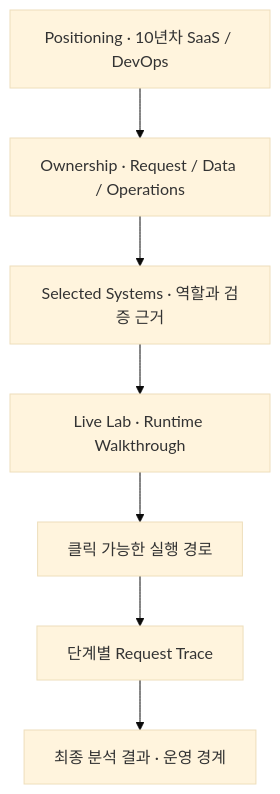
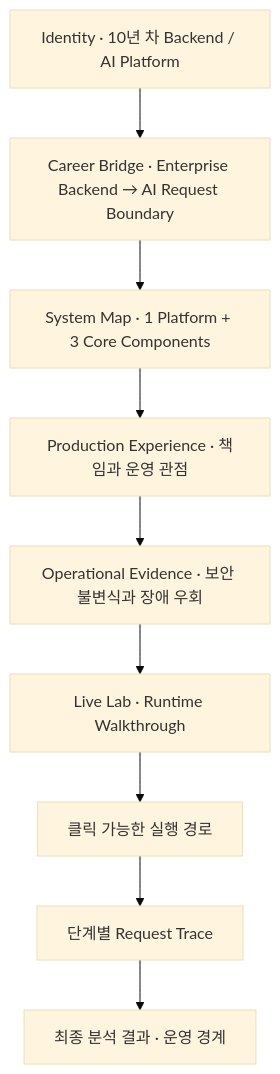
The first of 5 diagrams in architecture.md (devcy0922/devcy0922.github.io), drawn with Mermaid (base theme) before and after one commit. The commit also changed other lines of this file and 11 other files, not shown here.

Commit message:
feat(portfolio): connect experience to platform evidence

````diff
--- a/architecture.md
+++ b/architecture.md
@@ -15,9 +16,11 @@
 ```mermaid
 flowchart TB
-    Hero["Positioning · 10년차 SaaS / DevOps"] --> Scope["Ownership · Request / Data / Operations"]
-    Scope --> Systems["Selected Systems · 역할과 검증 근거"]
-    Systems --> Lab["Live Lab · Runtime Walkthrough"]
+    Hero["Identity · 10년 차 Backend / AI Platform"] --> Bridge["Career Bridge · Enterprise Backend → AI Request Boundary"]
+    Bridge --> Systems["System Map · 1 Platform + 3 Core Components"]
+    Systems --> Experience["Production Experience · 책임과 운영 관점"]
+    Experience --> Evidence["Operational Evidence · 보안 불변식과 장애 우회"]
+    Evidence --> Lab["Live Lab · Runtime Walkthrough"]
     Lab --> Architecture["클릭 가능한 실행 경로"]
     Architecture --> Trace["단계별 Request Trace"]
     Trace --> Result["최종 분석 결과 · 운영 경계"]
 ```
````
